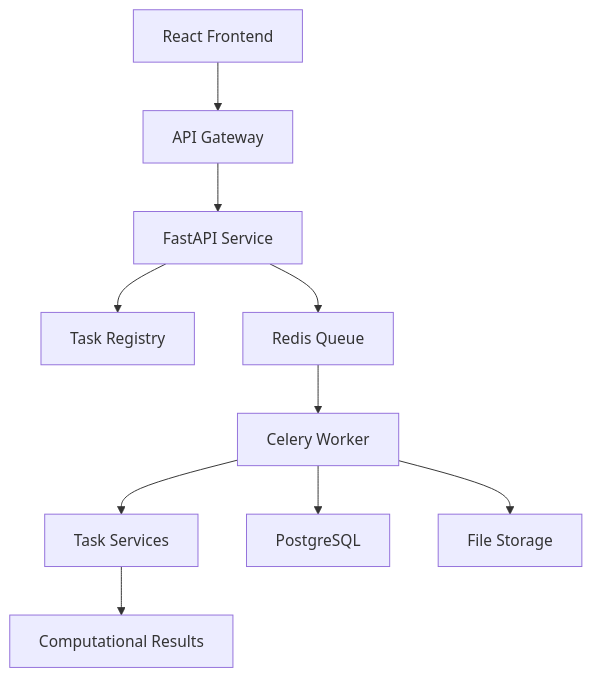
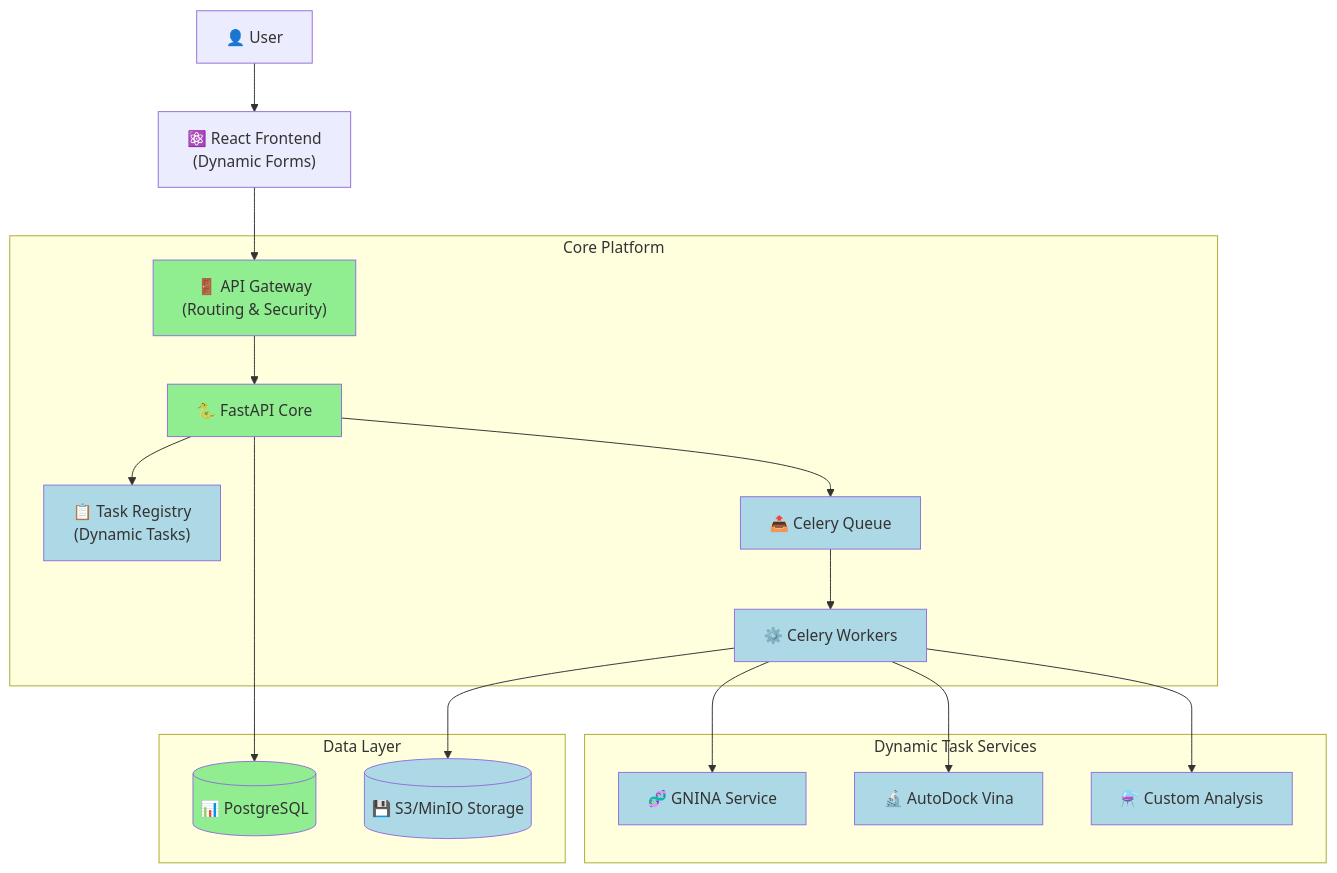
The second of 4 diagrams in docs/architecture/system-design/overview.md (AlgenticsCorp/molecular_analysis_dashboard), drawn with Mermaid before and after one commit. The commit also changed other lines of this file and 25 other files, not shown here.

First line of the commit message:
feat: Complete IntelliFold integration with unified NeuroSnap API architecture

````diff
--- a/docs/architecture/system-design/overview.md
+++ b/docs/architecture/system-design/overview.md
@@ -100,12 +74,39 @@
 ```mermaid
 flowchart TD
-    Client[React Frontend] --> Gateway[API Gateway]
-    Gateway --> API[FastAPI Service]
-    API --> TaskRegistry[Task Registry]
-    API --> Queue[Redis Queue]
-    Queue --> Worker[Celery Worker]
-    Worker --> TaskService[Task Services]
-    Worker --> Database[PostgreSQL]
-    Worker --> Storage[File Storage]
-    TaskService --> Results[Computational Results]
+    User["👤 User"] --> Frontend["⚛️ React Frontend\n(Dynamic Forms)"]
+    Frontend --> Gateway["🚪 API Gateway\n(Routing & Security)"]
+    Gateway --> API["🐍 FastAPI Core"]
+    API --> Registry["📋 Task Registry\n(Dynamic Tasks)"]
+    API --> Queue["📤 Celery Queue"]
+    Queue --> Worker["⚙️ Celery Workers"]
+    Worker --> TaskSvc1["🧬 GNINA Service"]
+    Worker --> TaskSvc2["🔬 AutoDock Vina"]
+    Worker --> TaskSvc3["⚗️ Custom Analysis"]
+    API --> DB[("📊 PostgreSQL")]
+    Worker --> Storage[("💾 S3/MinIO Storage")]
+
+    subgraph "Core Platform"
+        Gateway
+        API
+        Registry
+        Queue
+        Worker
+    end
+
+    subgraph "Dynamic Task Services"
+        TaskSvc1
+        TaskSvc2
+        TaskSvc3
+    end
+
+    subgraph "Data Layer"
+        DB
+        Storage
+    end
+
+    classDef future fill:#ADD8E6
+    classDef current fill:#90EE90
+
+    class Gateway,API,DB current
+    class Registry,Queue,Worker,TaskSvc1,TaskSvc2,TaskSvc3,Storage future
 ```
````
